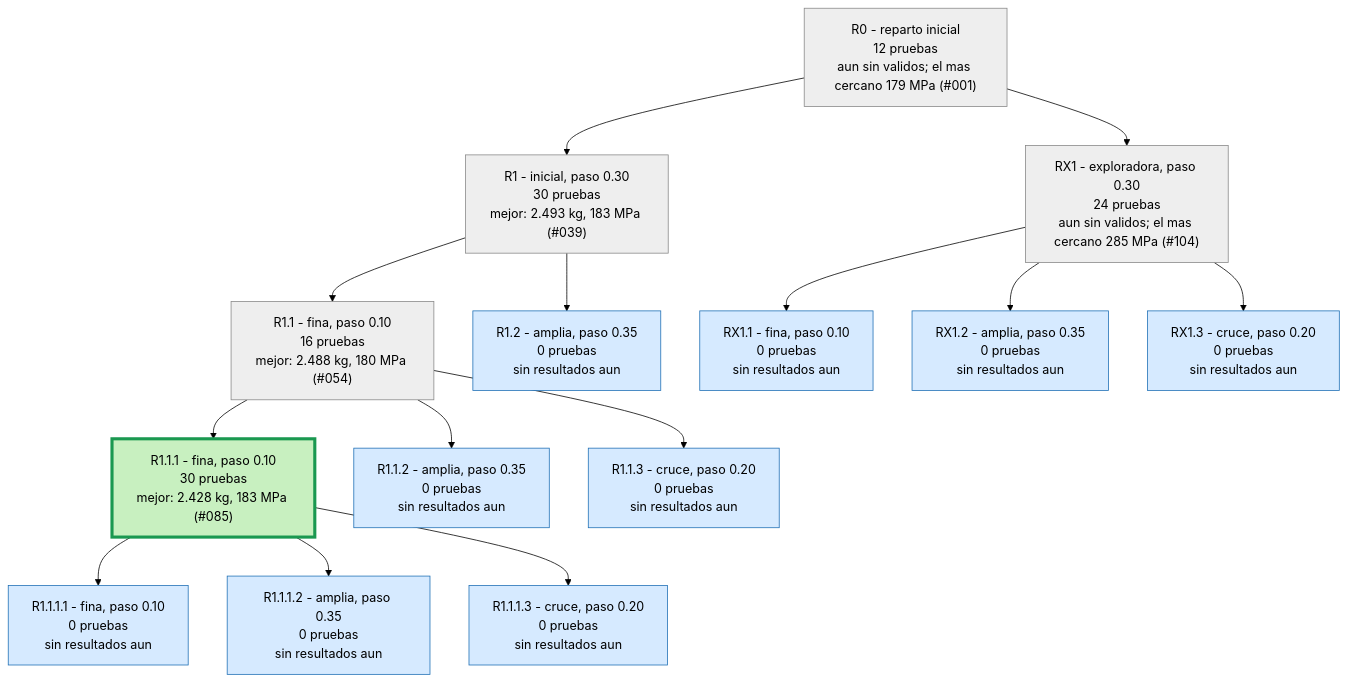
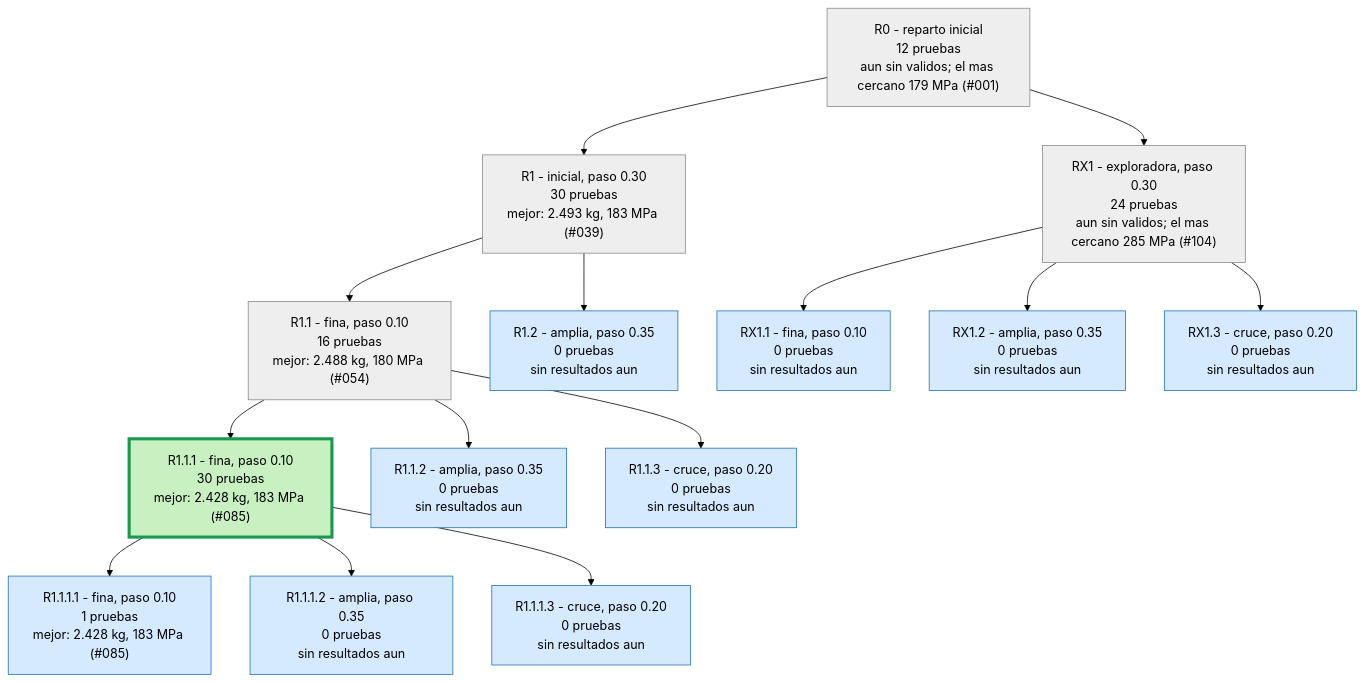
One commit to Hugiko/msd-soporte-optimizacion changed the second of 3 diagrams in runs/opt_37800N/ARBOL.md. Above: the diagram before and after it, drawn with Mermaid (forest theme). The commit also changed 24 other files, not shown here.

````diff
--- a/runs/opt_37800N/ARBOL.md
+++ b/runs/opt_37800N/ARBOL.md
@@ -29,33 +29,33 @@
 ```mermaid
 graph TD
 classDef activa fill:#d6eaff,stroke:#1f6fb5,color:#000
 classDef fin fill:#eeeeee,stroke:#888,color:#000
 classDef mejor fill:#c8f0c0,stroke:#1a9850,stroke-width:4px,color:#000
 R0["R0 - reparto inicial<br/>12 pruebas<br/>aun sin validos; el mas cercano 179 MPa (#001)"]:::fin
 R1["R1 - inicial, paso 0.30<br/>30 pruebas<br/>mejor: 2.493 kg, 183 MPa (#039)"]:::fin
 R0 --> R1
 R1_1["R1.1 - fina, paso 0.10<br/>16 pruebas<br/>mejor: 2.488 kg, 180 MPa (#054)"]:::fin
 R1 --> R1_1
 R1_2["R1.2 - amplia, paso 0.35<br/>0 pruebas<br/>sin resultados aun"]:::activa
 R1 --> R1_2
 R1_1_1["R1.1.1 - fina, paso 0.10<br/>30 pruebas<br/>mejor: 2.428 kg, 183 MPa (#085)"]:::mejor
 R1_1 --> R1_1_1
 R1_1_2["R1.1.2 - amplia, paso 0.35<br/>0 pruebas<br/>sin resultados aun"]:::activa
 R1_1 --> R1_1_2
 R1_1_3["R1.1.3 - cruce, paso 0.20<br/>0 pruebas<br/>sin resultados aun"]:::activa
 R1_1 --> R1_1_3
-R1_1_1_1["R1.1.1.1 - fina, paso 0.10<br/>0 pruebas<br/>sin resultados aun"]:::activa
+R1_1_1_1["R1.1.1.1 - fina, paso 0.10<br/>1 pruebas<br/>mejor: 2.428 kg, 183 MPa (#085)"]:::activa
 R1_1_1 --> R1_1_1_1
 R1_1_1_2["R1.1.1.2 - amplia, paso 0.35<br/>0 pruebas<br/>sin resultados aun"]:::activa
 R1_1_1 --> R1_1_1_2
 R1_1_1_3["R1.1.1.3 - cruce, paso 0.20<br/>0 pruebas<br/>sin resultados aun"]:::activa
 R1_1_1 --> R1_1_1_3
 RX1["RX1 - exploradora, paso 0.30<br/>24 pruebas<br/>aun sin validos; el mas cercano 285 MPa (#104)"]:::fin
 R0 --> RX1
 RX1_1["RX1.1 - fina, paso 0.10<br/>0 pruebas<br/>sin resultados aun"]:::activa
 RX1 --> RX1_1
 RX1_2["RX1.2 - amplia, paso 0.35<br/>0 pruebas<br/>sin resultados aun"]:::activa
 RX1 --> RX1_2
 RX1_3["RX1.3 - cruce, paso 0.20<br/>0 pruebas<br/>sin resultados aun"]:::activa
 RX1 --> RX1_3
 ```
````
